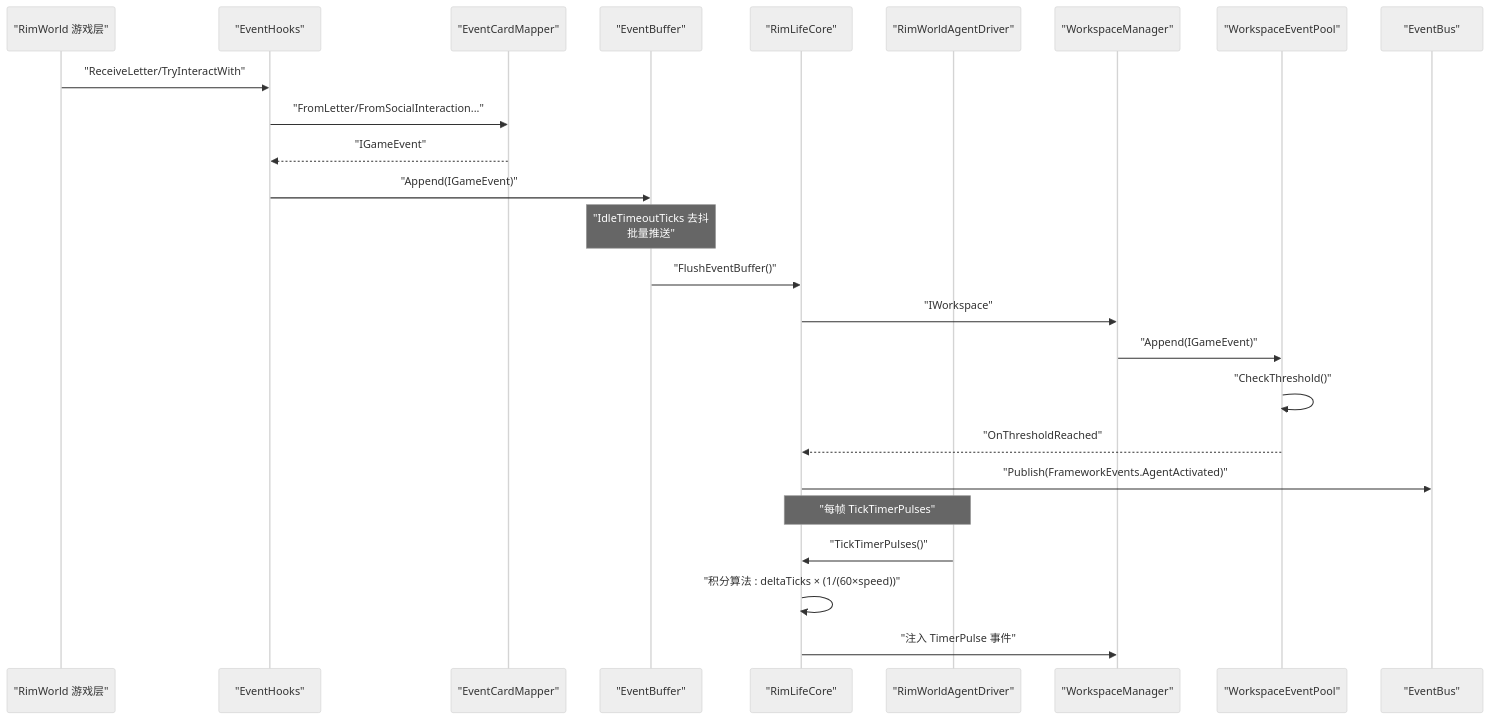
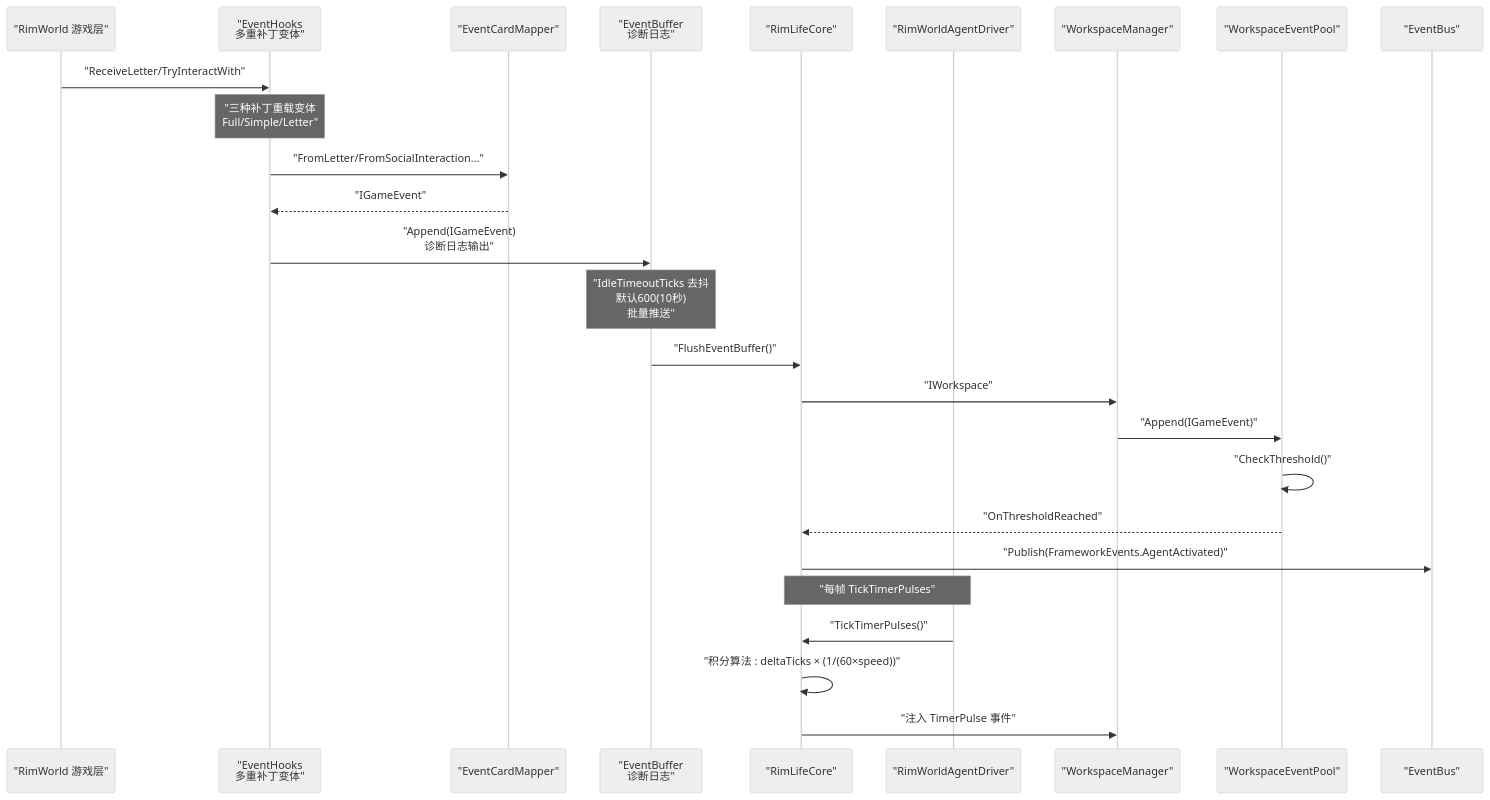
Before and after one commit to suzvka/RimLife: the second of 10 diagrams in .qoder/repowiki/zh/content/核心架构设计/事件系统集成.md, drawn with Mermaid (neutral theme). The commit also changed other lines of this file and 19 other files, not shown here.

````diff
--- a/.qoder/repowiki/zh/content/核心架构设计/事件系统集成.md
+++ b/.qoder/repowiki/zh/content/核心架构设计/事件系统集成.md
@@ -140,27 +140,28 @@
 ```mermaid
 sequenceDiagram
 participant LW as "RimWorld 游戏层"
-participant Hooks as "EventHooks"
+participant Hooks as "EventHooks<br/>多重补丁变体"
 participant Mapper as "EventCardMapper"
-participant Buffer as "EventBuffer"
+participant Buffer as "EventBuffer<br/>诊断日志"
 participant Core as "RimLifeCore"
 participant Driver as "RimWorldAgentDriver"
 participant WS as "WorkspaceManager"
 participant Pool as "WorkspaceEventPool"
 participant Bus as "EventBus"
 LW->>Hooks : "ReceiveLetter/TryInteractWith"
+Note over Hooks : "三种补丁重载变体<br/>Full/Simple/Letter"
 Hooks->>Mapper : "FromLetter/FromSocialInteraction..."
 Mapper-->>Hooks : "IGameEvent"
-Hooks->>Buffer : "Append(IGameEvent)"
-Note over Buffer : "IdleTimeoutTicks 去抖<br/>批量推送"
+Hooks->>Buffer : "Append(IGameEvent)<br/>诊断日志输出"
+Note over Buffer : "IdleTimeoutTicks 去抖<br/>默认600(10秒)<br/>批量推送"
 Buffer->>Core : "FlushEventBuffer()"
 Core->>WS : "IWorkspace"
 WS->>Pool : "Append(IGameEvent)"
 Pool->>Pool : "CheckThreshold()"
 Pool-->>Core : "OnThresholdReached"
 Core->>Bus : "Publish(FrameworkEvents.AgentActivated)"
 Note over Driver,Core : "每帧 TickTimerPulses"
 Driver->>Core : "TickTimerPulses()"
 Core->>Core : "积分算法 : deltaTicks × (1/(60×speed))"
 Core->>WS : "注入 TimerPulse 事件"
 ```
````
